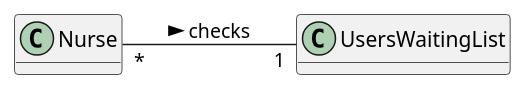
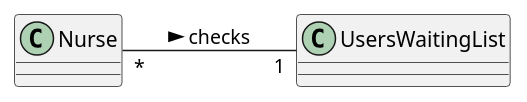
One commit to Pirussa/lei-22-s2-1da-g02 changed the diagram in docs/SprintC/US005/US005_MD.puml. Above: the diagram before and after it, drawn with PlantUML. The commit also changed 6 other files, not shown here.

```diff
--- a/docs/SprintC/US005/US005_MD.puml
+++ b/docs/SprintC/US005/US005_MD.puml
@@ -1,15 +1,12 @@
 @startuml
-hide methods
+'https://plantuml.com/class-diagram
+
 left to right direction
-skinparam classAttributeIconSize 0
-
 
 class Nurse
 
 class UsersWaitingList
 
 Nurse "*" -- "1" UsersWaitingList : checks >
 
-
-
 @enduml
```
